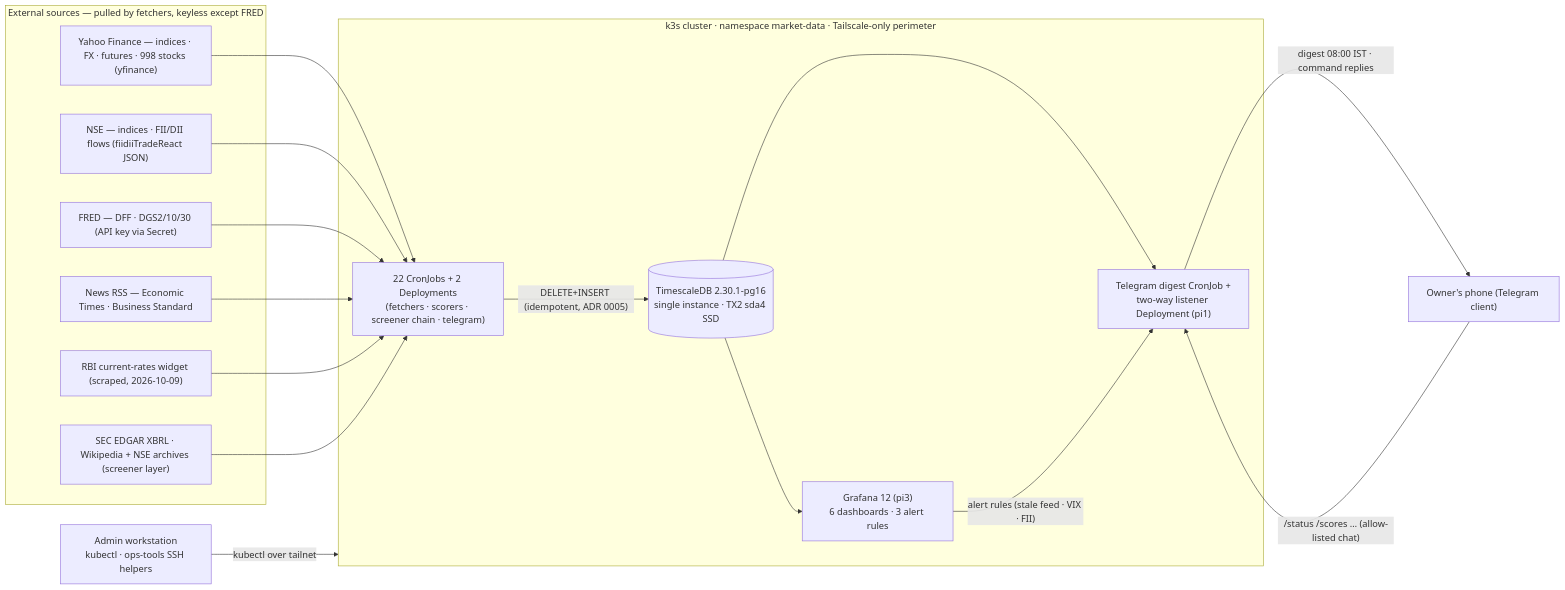
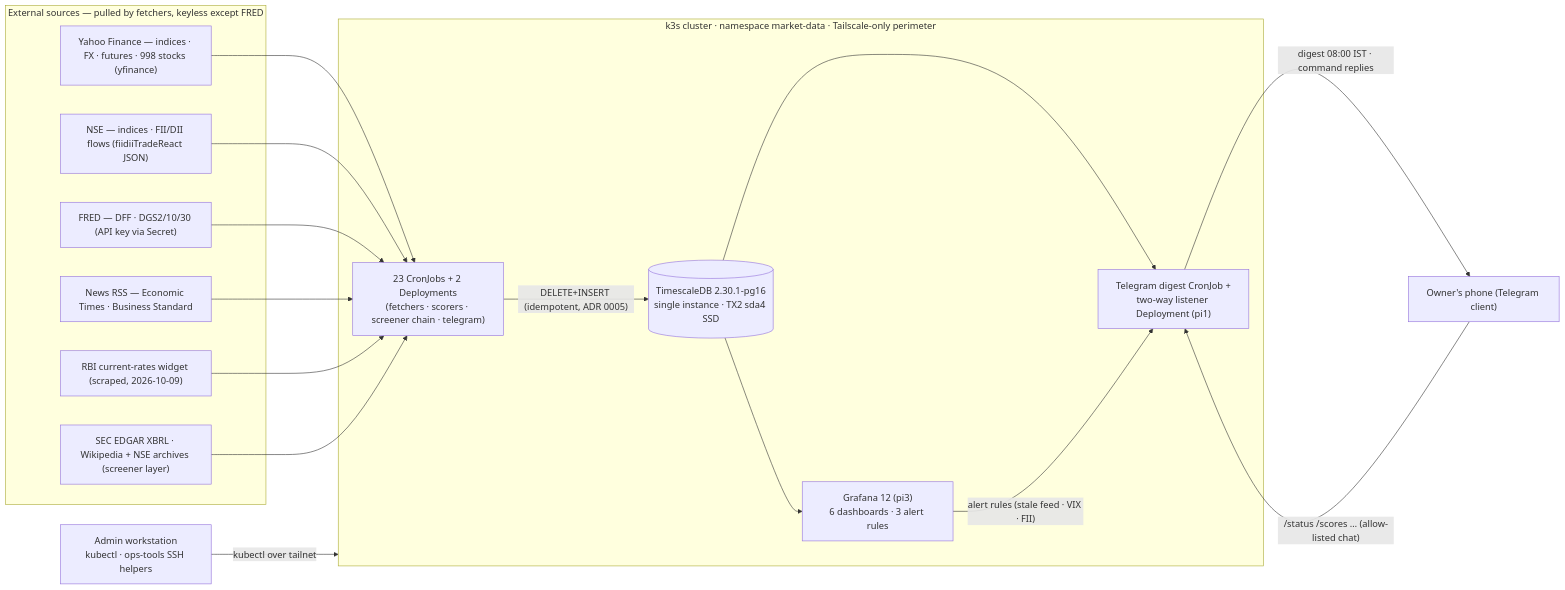
One commit to ahemanthyadav/-pi-market-pipeline changed the first of 9 diagrams in docs/market-data-architecture.md. Above: the diagram before and after it, drawn with Mermaid. The commit also changed other lines of this file and 12 other files, not shown here.

````diff
--- a/docs/market-data-architecture.md
+++ b/docs/market-data-architecture.md
@@ -67,35 +67,35 @@
 ```mermaid
 flowchart LR
     subgraph EXT["External sources — pulled by fetchers, keyless except FRED"]
         YF["Yahoo Finance — indices · FX · futures · 998 stocks (yfinance)"]
         NSE["NSE — indices · FII/DII flows (fiidiiTradeReact JSON)"]
         FRED["FRED — DFF · DGS2/10/30 (API key via Secret)"]
         RSS["News RSS — Economic Times · Business Standard"]
         RBIW["RBI current-rates widget (scraped, 2026-10-09)"]
         EDGR["SEC EDGAR XBRL · Wikipedia + NSE archives (screener layer)"]
     end
 
     subgraph K8S["k3s cluster · namespace market-data · Tailscale-only perimeter"]
-        JOBS["22 CronJobs + 2 Deployments<br/>(fetchers · scorers · screener chain · telegram)"]
+        JOBS["23 CronJobs + 2 Deployments<br/>(fetchers · scorers · screener chain · telegram)"]
         TSDB[("TimescaleDB 2.30.1-pg16<br/>single instance · TX2 sda4 SSD")]
         GRAF["Grafana 12 (pi3)<br/>6 dashboards · 3 alert rules"]
         TGB["Telegram digest CronJob +<br/>two-way listener Deployment (pi1)"]
     end
 
     ADMIN["Admin workstation<br/>kubectl · ops-tools SSH helpers"]
     PHONE["Owner's phone (Telegram client)"]
 
     YF --> JOBS
     NSE --> JOBS
     FRED --> JOBS
     RSS --> JOBS
     RBIW --> JOBS
     EDGR --> JOBS
     JOBS -- "DELETE+INSERT (idempotent, ADR 0005)" --> TSDB
     TSDB --> GRAF
     TSDB --> TGB
     GRAF -- "alert rules (stale feed · VIX · FII)" --> TGB
     TGB -- "digest 08:00 IST · command replies" --> PHONE
     PHONE -- "/status /scores … (allow-listed chat)" --> TGB
     ADMIN -- "kubectl over tailnet" --> K8S
 ```
````
